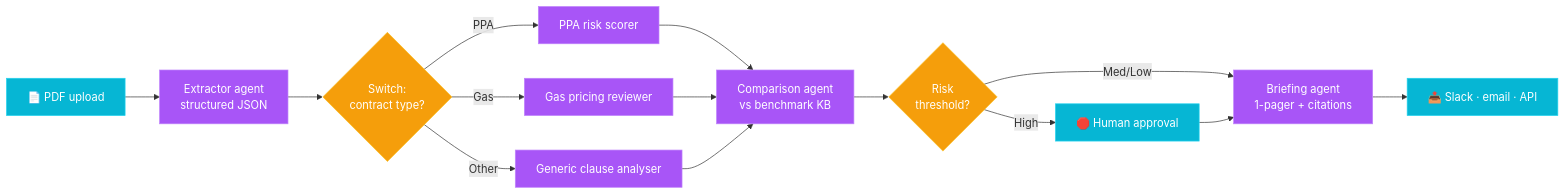
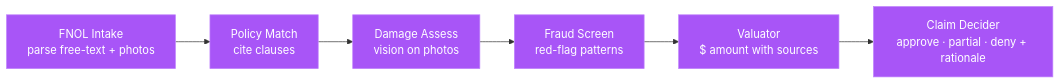
One commit to sarkar4777/abenix changed the second of 4 diagrams in README.md. Above: the diagram before and after it, drawn with Mermaid. The commit also changed other lines of this file and 94 other files, not shown here.

````diff
--- a/README.md
+++ b/README.md
@@ -205,23 +245,11 @@
 ```mermaid
 flowchart LR
-    IN[📄 PDF upload] --> EXT[Extractor agent<br/>structured JSON]
-    EXT --> CLF{Switch:<br/>contract type?}
-    CLF -->|PPA| PPA[PPA risk scorer]
-    CLF -->|Gas| GAS[Gas pricing reviewer]
-    CLF -->|Other| GEN[Generic clause analyser]
-    PPA --> CMP[Comparison agent<br/>vs benchmark KB]
-    GAS --> CMP
-    GEN --> CMP
-    CMP --> EXEC{Risk<br/>threshold?}
-    EXEC -->|High| HUM[🛑 Human approval]
-    EXEC -->|Med/Low| RPT[Briefing agent<br/>1-pager + citations]
-    HUM --> RPT
-    RPT --> OUT[📤 Slack · email · API]
+    F[FNOL Intake<br/>parse free-text + photos] --> P[Policy Match<br/>cite clauses]
+    P --> D[Damage Assess<br/>vision on photos]
+    D --> FR[Fraud Screen<br/>red-flag patterns]
+    FR --> V[Valuator<br/>$ amount with sources]
+    V --> DC[Claim Decider<br/>approve · partial · deny + rationale]
 
     classDef agent fill:#a855f7,stroke:#c084fc,color:#fff;
-    classDef switch fill:#f59e0b,stroke:#fbbf24,color:#fff;
-    classDef io fill:#06b6d4,stroke:#22d3ee,color:#fff;
-    class EXT,PPA,GAS,GEN,CMP,RPT agent;
-    class CLF,EXEC switch;
-    class IN,OUT,HUM io;
+    class F,P,D,FR,V,DC agent;
 ```
````
